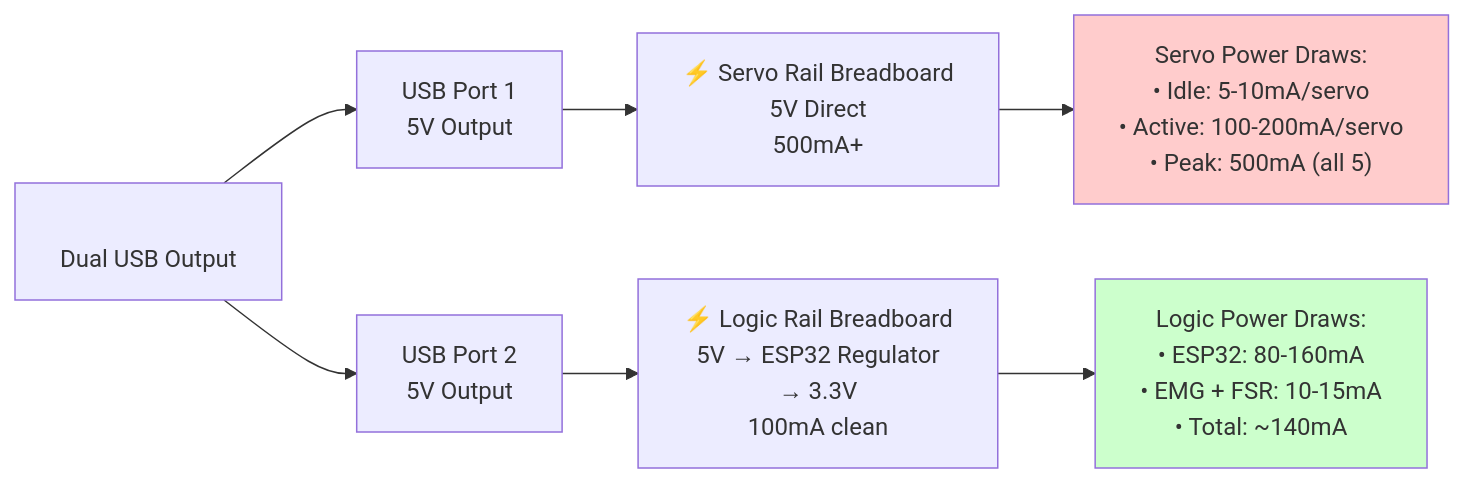
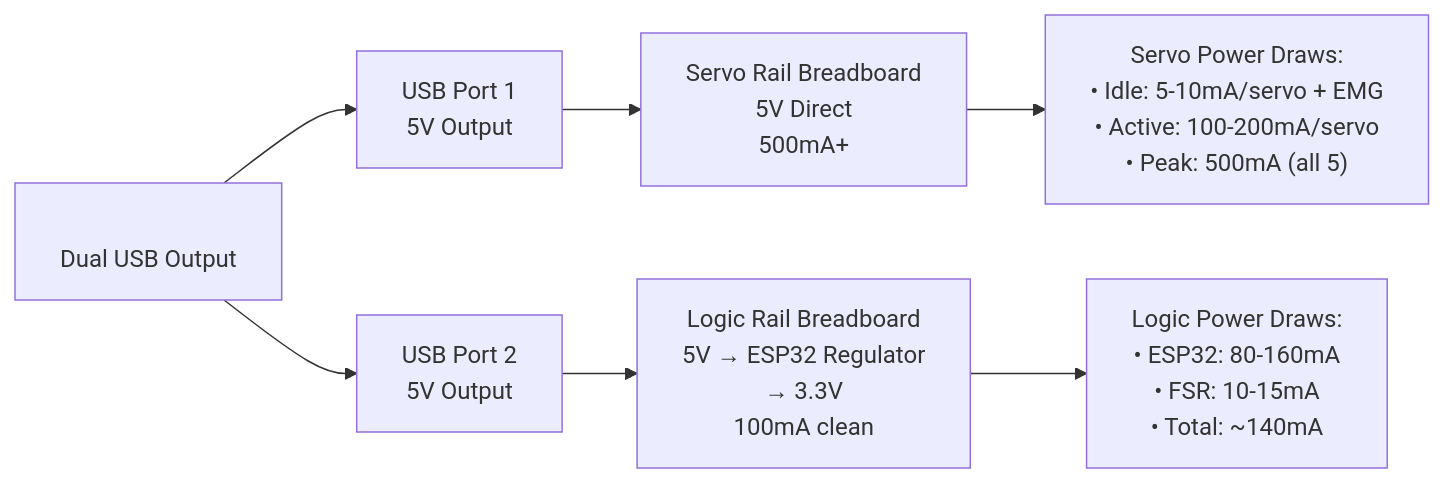
Before and after one commit to harshitt13/Krtrimahastah: the fourth of 4 diagrams in README.md, drawn with Mermaid. The commit also changed other lines of this file, not shown here.

Commit message:
refine README for accuracy; update EMG sensor voltage range, power draw details, and gesture command descriptions

````diff
--- a/README.md
+++ b/README.md
@@ -243,24 +238,22 @@
 ```mermaid
 graph LR
     BATTERY["<br/>Dual USB Output"]
 
     USB1["USB Port 1<br/>5V Output"]
     USB2["USB Port 2<br/>5V Output"]
 
-    SERVO_POWER["⚡ Servo Rail Breadboard<br/>5V Direct<br/>500mA+"]
-    LOGIC_POWER["⚡ Logic Rail Breadboard<br/>5V → ESP32 Regulator<br/>→ 3.3V<br/>100mA clean"]
+    SERVO_POWER["Servo Rail Breadboard<br/>5V Direct<br/>500mA+"]
+    LOGIC_POWER["Logic Rail Breadboard<br/>5V → ESP32 Regulator<br/>→ 3.3V<br/>100mA clean"]
 
-    SERVO_DRAWS["Servo Power Draws:<br/>• Idle: 5-10mA/servo<br/>• Active: 100-200mA/servo<br/>• Peak: 500mA (all 5)"]
+    SERVO_DRAWS["Servo Power Draws:<br/>• Idle: 5-10mA/servo + EMG<br/>• Active: 100-200mA/servo<br/>• Peak: 500mA (all 5)"]
 
-    LOGIC_DRAWS["Logic Power Draws:<br/>• ESP32: 80-160mA<br/>• EMG + FSR: 10-15mA<br/>• Total: ~140mA"]
+    LOGIC_DRAWS["Logic Power Draws:<br/>• ESP32: 80-160mA<br/>• FSR: 10-15mA<br/>• Total: ~140mA"]
 
     BATTERY --> USB1
     BATTERY --> USB2
     USB1 --> SERVO_POWER
     USB2 --> LOGIC_POWER
     SERVO_POWER --> SERVO_DRAWS
     LOGIC_POWER --> LOGIC_DRAWS
 
-    style SERVO_DRAWS fill:#ffcccc
-    style LOGIC_DRAWS fill:#ccffcc
 ```
````
